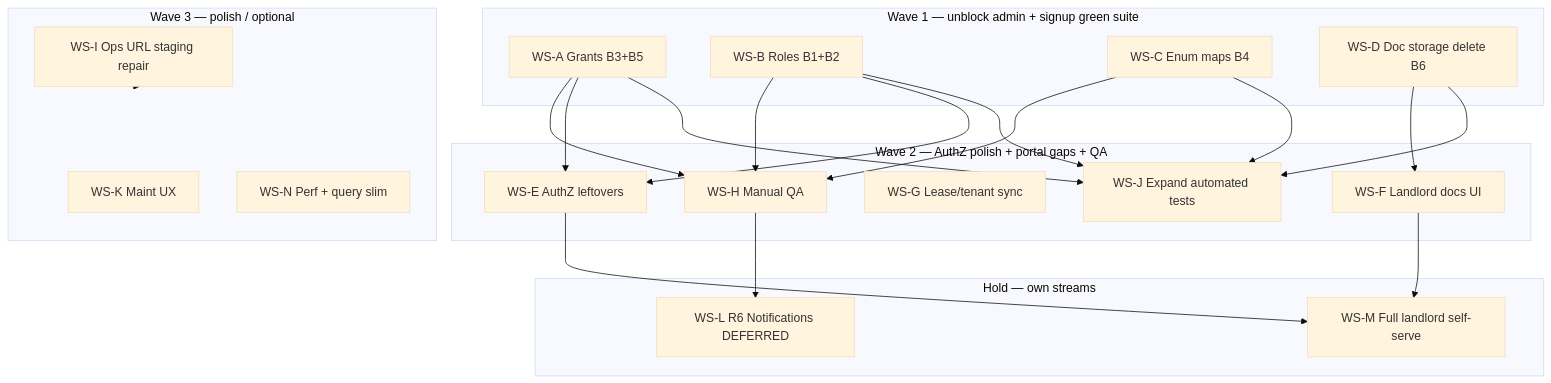
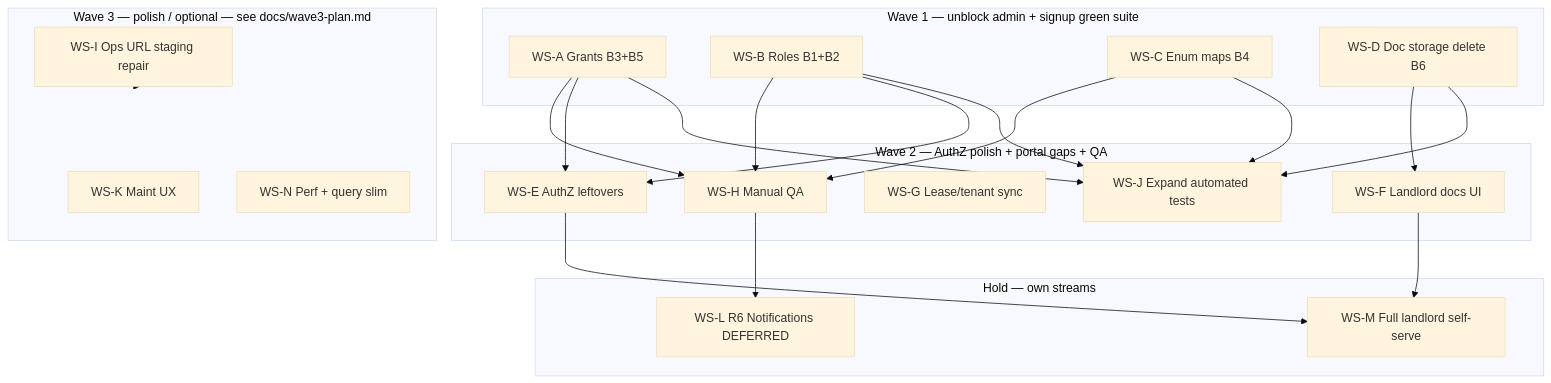
One commit to CharmZoned/Maintenance-App-Portal changed the diagram in docs/parallel-work-plan.md. Above: the diagram before and after it, drawn with Mermaid (base theme). The commit also changed other lines of this file and 1 other file, not shown here.

First line of the commit message:
docs: add Wave 3 plan pointer and mark Wave 1–2 done

````diff
--- a/docs/parallel-work-plan.md
+++ b/docs/parallel-work-plan.md
@@ -38,39 +38,39 @@
 ```mermaid
 flowchart TB
   subgraph W1["Wave 1 — unblock admin + signup green suite"]
     A[WS-A Grants B3+B5]
     B[WS-B Roles B1+B2]
     C[WS-C Enum maps B4]
     D[WS-D Doc storage delete B6]
   end
   subgraph W2["Wave 2 — AuthZ polish + portal gaps + QA"]
     E[WS-E AuthZ leftovers]
     F[WS-F Landlord docs UI]
     G[WS-G Lease/tenant sync]
     H[WS-H Manual QA]
     J[WS-J Expand automated tests]
   end
-  subgraph W3["Wave 3 — polish / optional"]
+  subgraph W3["Wave 3 — polish / optional — see docs/wave3-plan.md"]
     K[WS-K Maint UX]
     N[WS-N Perf + query slim]
     I[WS-I Ops URL staging repair]
   end
   subgraph HOLD["Hold — own streams"]
     L[WS-L R6 Notifications DEFERRED]
     M[WS-M Full landlord self-serve]
   end
   A --> H
   B --> H
   C --> H
   D --> F
   A --> E
   B --> E
   A --> J
   B --> J
   C --> J
   D --> J
   E --> M
   F --> M
   H --> L
   I -.-> W3
 ```
````
